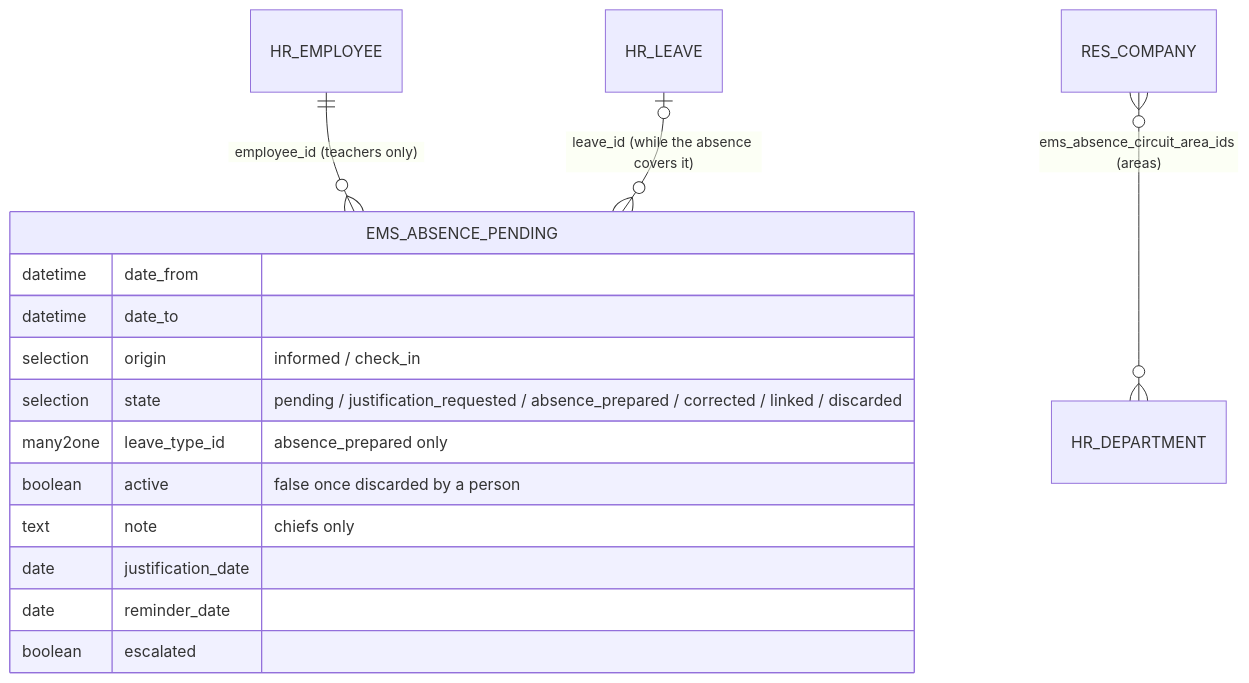
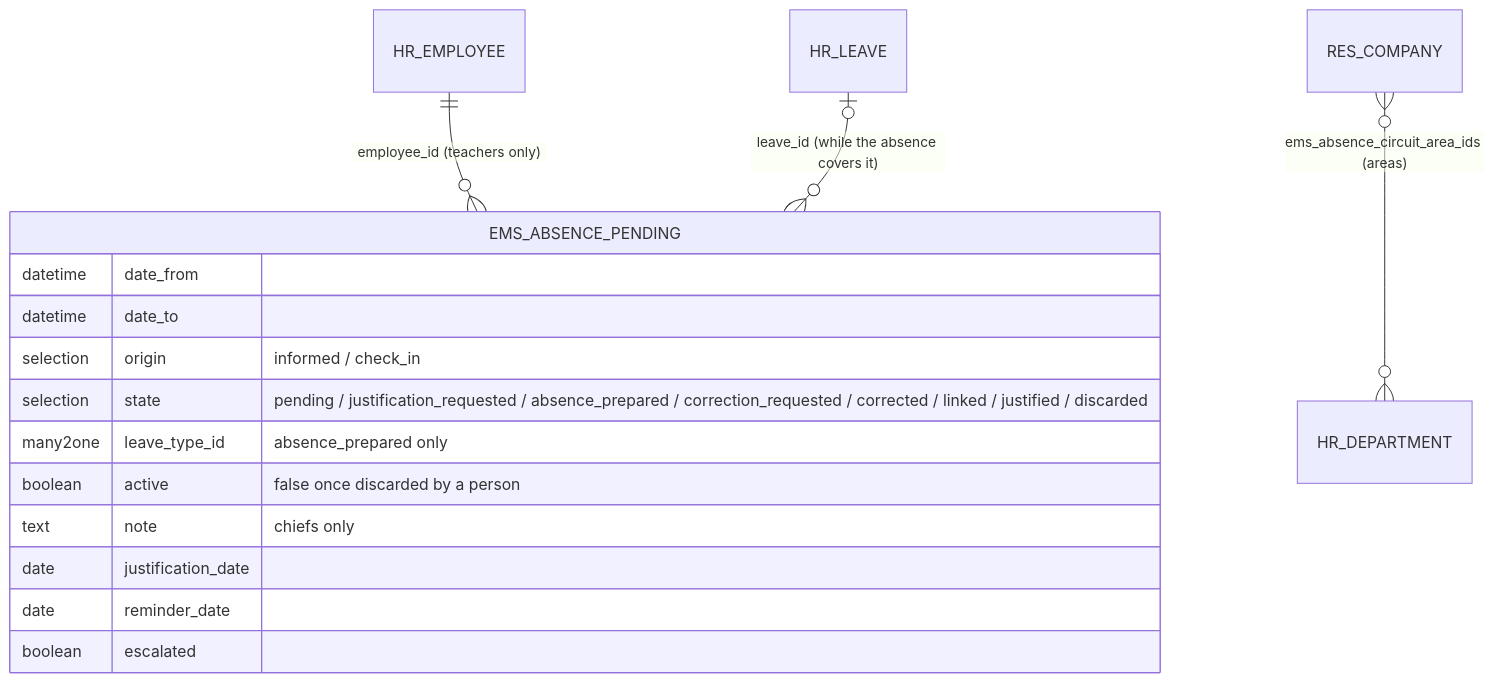
Before and after one commit to ElPuig/EMS: the fifth of 10 diagrams in docs/en/developers/employees/absence.md, drawn with Mermaid. The commit also changed other lines of this file and 11 other files, not shown here.

Commit message:
735: Justified and Correction requested statuses close the circuit; flowchart in the technical docs

````diff
--- a/docs/en/developers/employees/absence.md
+++ b/docs/en/developers/employees/absence.md
@@ -721,18 +752,18 @@
 ```mermaid
 erDiagram
     HR_EMPLOYEE ||--o{ EMS_ABSENCE_PENDING : "employee_id (teachers only)"
     HR_LEAVE |o--o{ EMS_ABSENCE_PENDING : "leave_id (while the absence covers it)"
     RES_COMPANY }o--o{ HR_DEPARTMENT : "ems_absence_circuit_area_ids (areas)"
     EMS_ABSENCE_PENDING {
         datetime date_from
         datetime date_to
         selection origin "informed / check_in"
-        selection state "pending / justification_requested / absence_prepared / corrected / linked / discarded"
+        selection state "pending / justification_requested / absence_prepared / correction_requested / corrected / linked / justified / discarded"
         many2one leave_type_id "absence_prepared only"
         boolean active "false once discarded by a person"
         text note "chiefs only"
         date justification_date
         date reminder_date
         boolean escalated
     }
 ```
````
